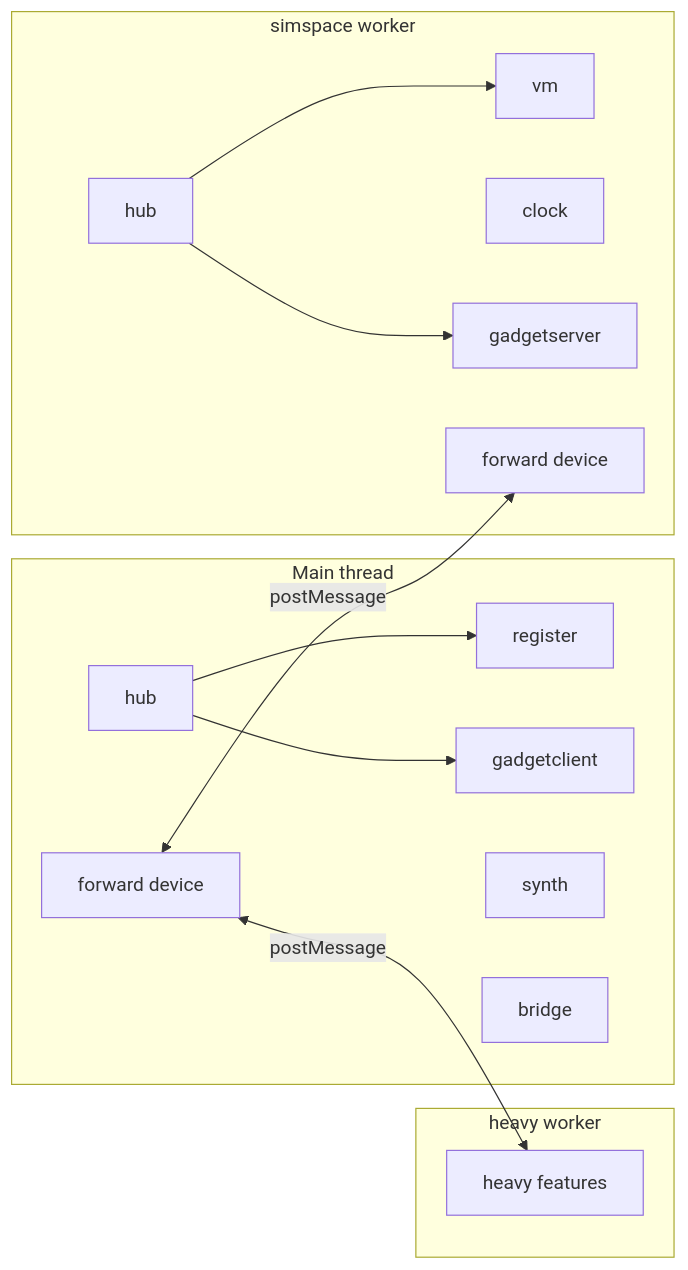
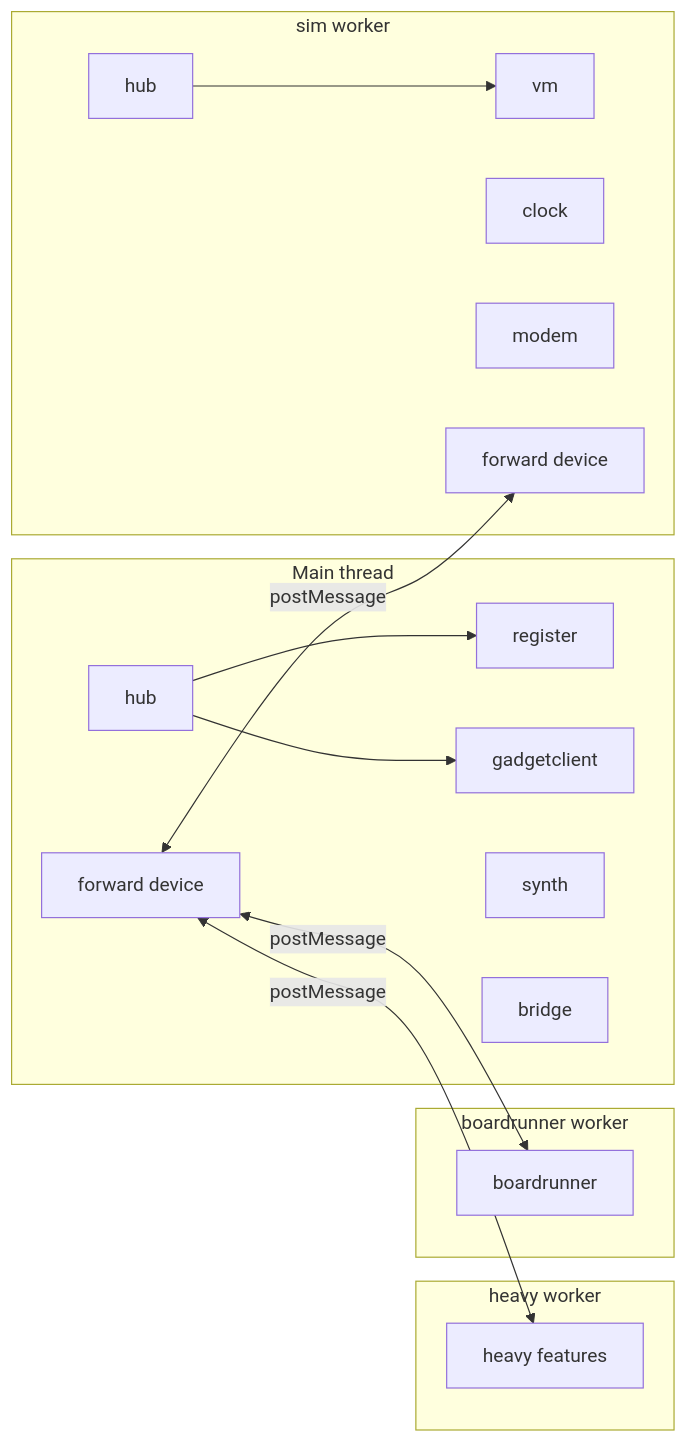
The diagram in zss/ARCHITECTURE.md (goldbuick/zed-software-system), drawn with Mermaid before and after one commit. The commit also changed other lines of this file and 30 other files, not shown here.

````diff
--- a/zss/ARCHITECTURE.md
+++ b/zss/ARCHITECTURE.md
@@ -69,27 +71,30 @@
 ```mermaid
 flowchart LR
   subgraph main [Main thread]
     Register[register]
     GadgetClient[gadgetclient]
     Synth[synth]
     Bridge[bridge]
     HubMain[hub]
     ForwardMain[forward device]
   end
-  subgraph worker [simspace worker]
+  subgraph sim [sim worker]
     VM[vm]
     Clock[clock]
-    GadgetServer[gadgetserver]
-    HubWorker[hub]
-    ForwardWorker[forward device]
+    Modem[modem]
+    HubSim[hub]
+    ForwardSim[forward device]
   end
   subgraph heavy [heavy worker]
     HeavyDev[heavy features]
   end
-  ForwardMain <-->|postMessage| ForwardWorker
+  subgraph br [boardrunner worker]
+    BoardRunner[boardrunner]
+  end
+  ForwardMain <-->|postMessage| ForwardSim
   ForwardMain <-->|postMessage| HeavyDev
+  ForwardMain <-->|postMessage| BoardRunner
   HubMain --> Register
   HubMain --> GadgetClient
-  HubWorker --> VM
-  HubWorker --> GadgetServer
+  HubSim --> VM
 ```
````
